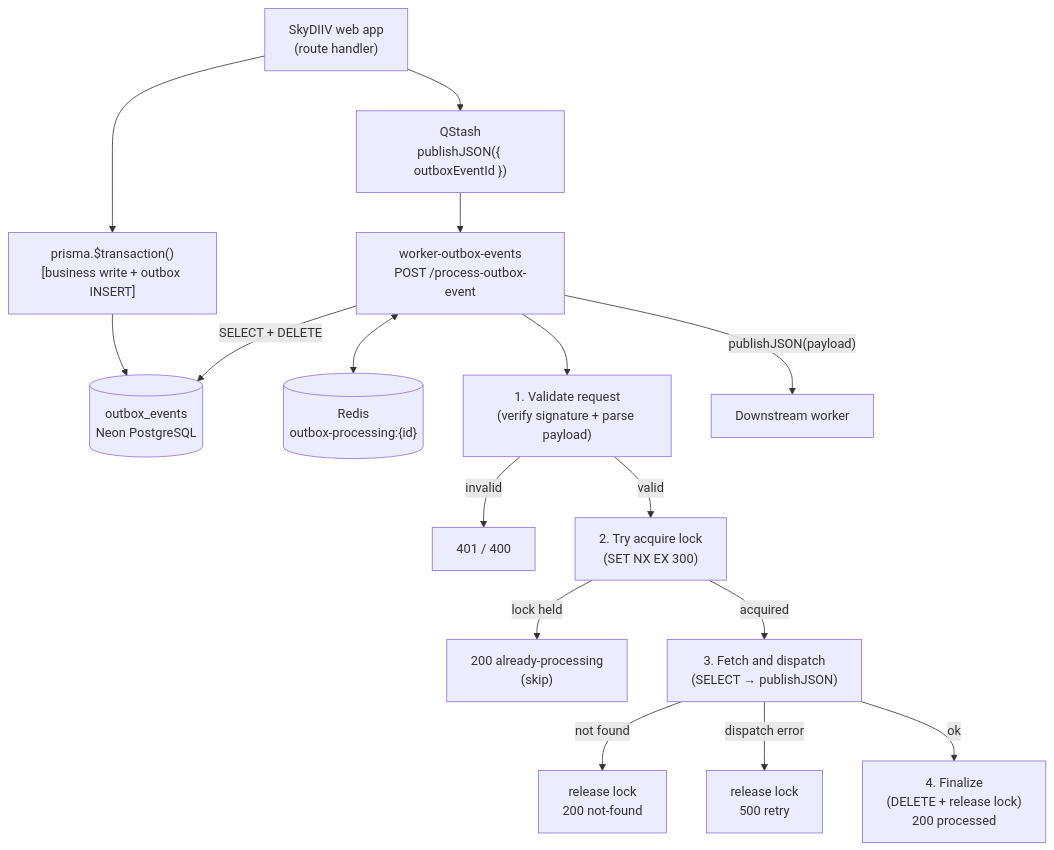
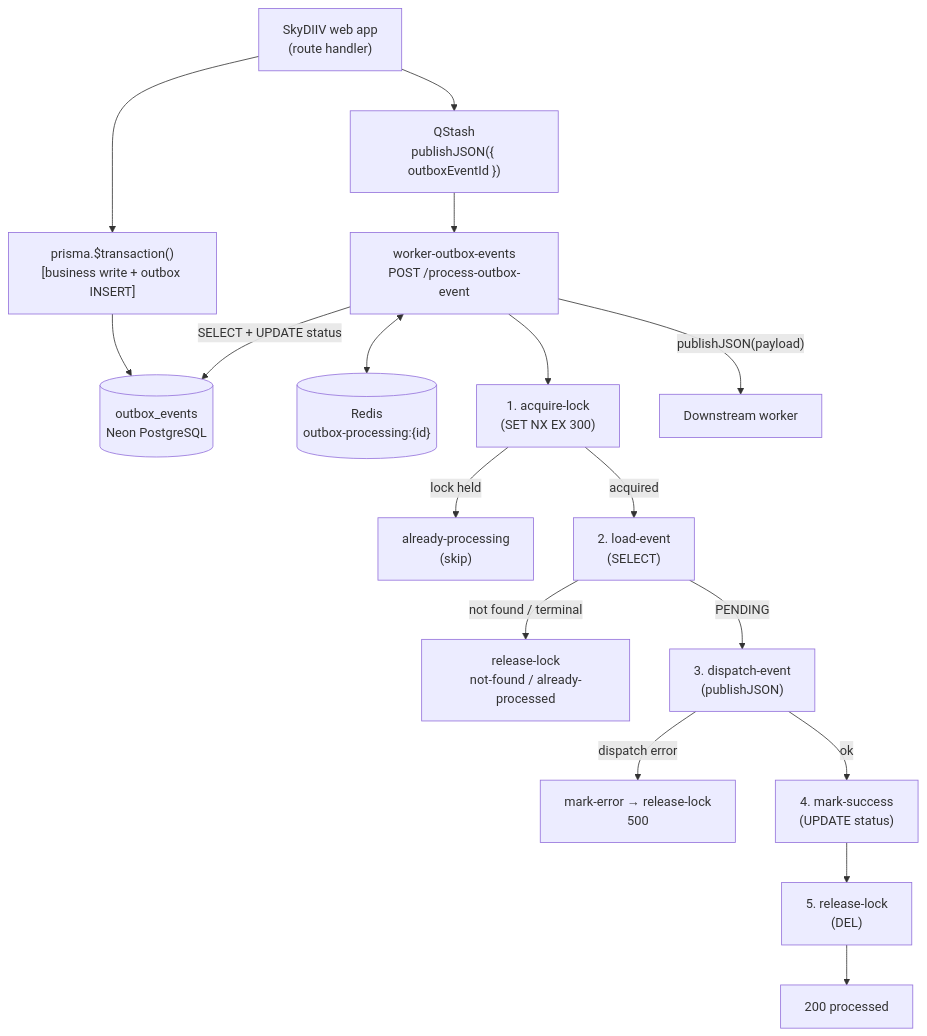
The first of 2 diagrams in apps/worker-outbox-events/docs/PROCESS_OUTBOX_EVENT.md (emmanuelviniciusdev/SkyDIIV--backstage), drawn with Mermaid before and after one commit. The commit also changed other lines of this file and 25 other files, not shown here.

Commit message:
refactor: update outbox_events.status instead of deleting the record (process-outbox-event)

````diff
--- a/apps/worker-outbox-events/docs/PROCESS_OUTBOX_EVENT.md
+++ b/apps/worker-outbox-events/docs/PROCESS_OUTBOX_EVENT.md
@@ -21,24 +21,25 @@
 ```mermaid
 graph TD
     WEB["SkyDIIV web app\n(route handler)"]
     TX["prisma.$transaction()\n[business write + outbox INSERT]"]
     DB[("outbox_events\nNeon PostgreSQL")]
     MQ["QStash\npublishJSON({ outboxEventId })"]
     WORKER["worker-outbox-events\nPOST /process-outbox-event"]
     REDIS[("Redis\noutbox-processing:{id}")]
 
-    WORKER --> S1["1. Validate request\n(verify signature + parse payload)"]
-    S1 -->|"invalid"| S1R["401 / 400"]
-    S1 -->|"valid"| S2["2. Try acquire lock\n(SET NX EX 300)"]
-    S2 -->|"lock held"| SKIP["200 already-processing\n(skip)"]
-    S2 -->|"acquired"| S3["3. Fetch and dispatch\n(SELECT → publishJSON)"]
-    S3 -->|"not found"| S3A["release lock\n200 not-found"]
-    S3 -->|"dispatch error"| S3B["release lock\n500 retry"]
-    S3 -->|"ok"| S4["4. Finalize\n(DELETE + release lock)\n200 processed"]
+    WORKER --> S1["1. acquire-lock\n(SET NX EX 300)"]
+    S1 -->|"lock held"| SKIP["already-processing\n(skip)"]
+    S1 -->|"acquired"| S2["2. load-event\n(SELECT)"]
+    S2 -->|"not found / terminal"| S2A["release-lock\nnot-found / already-processed"]
+    S2 -->|"PENDING"| S3["3. dispatch-event\n(publishJSON)"]
+    S3 -->|"dispatch error"| S3B["mark-error → release-lock\n500"]
+    S3 -->|"ok"| S4["4. mark-success\n(UPDATE status)"]
+    S4 --> S5["5. release-lock\n(DEL)"]
+    S5 --> DONE["200 processed"]
 
     WEB --> TX --> DB
     WEB --> MQ --> WORKER
     WORKER <--> REDIS
-    WORKER -->|"SELECT + DELETE"| DB
+    WORKER -->|"SELECT + UPDATE status"| DB
     WORKER -->|"publishJSON(payload)"| DS["Downstream worker"]
 ```
````
